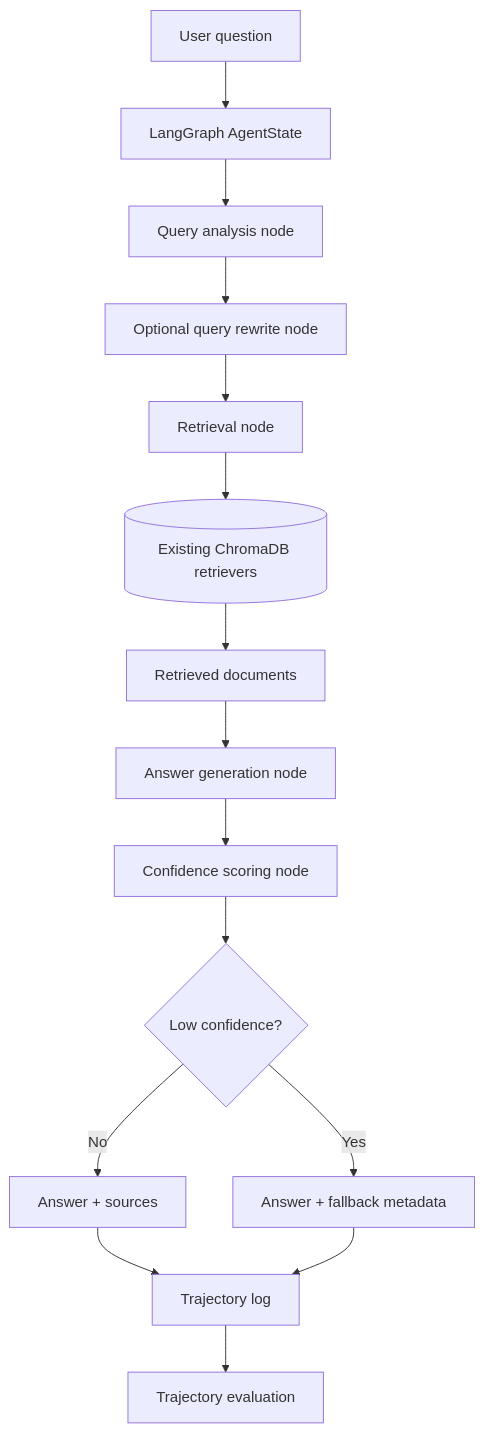
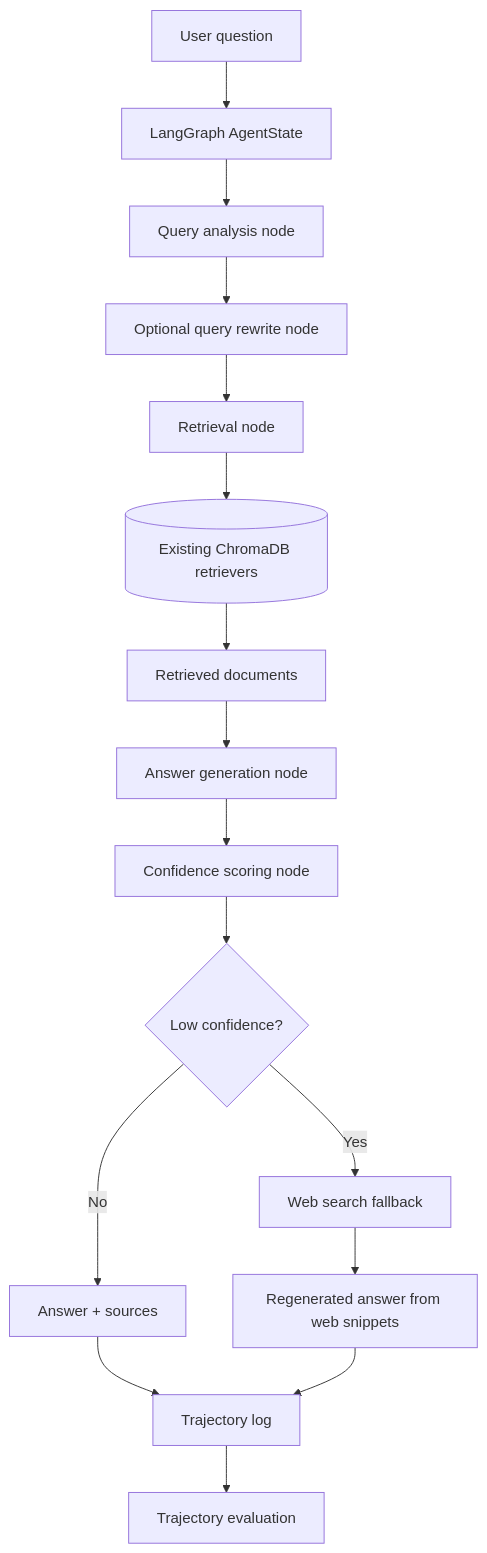
One commit to yijinwang2003-wq/docqa-rag-eval changed the second of 3 diagrams in README.md. Above: the diagram before and after it, drawn with Mermaid. The commit also changed other lines of this file, not shown here.

Commit message:
docs: update agent architecture diagram with fallback branch

````diff
--- a/README.md
+++ b/README.md
@@ -70,17 +70,18 @@
 ```mermaid
 flowchart TD
     A[User question] --> B[LangGraph AgentState]
     B --> C[Query analysis node]
     C --> D[Optional query rewrite node]
     D --> E[Retrieval node]
     E --> F[(Existing ChromaDB retrievers)]
     F --> G[Retrieved documents]
     G --> H[Answer generation node]
     H --> I[Confidence scoring node]
     I --> J{Low confidence?}
     J -->|No| K[Answer + sources]
-    J -->|Yes| L[Answer + fallback metadata]
+    J -->|Yes| L[Web search fallback]
+    L --> O[Regenerated answer from web snippets]
     K --> M[Trajectory log]
-    L --> M
+    O --> M
     M --> N[Trajectory evaluation]
 ```
````
